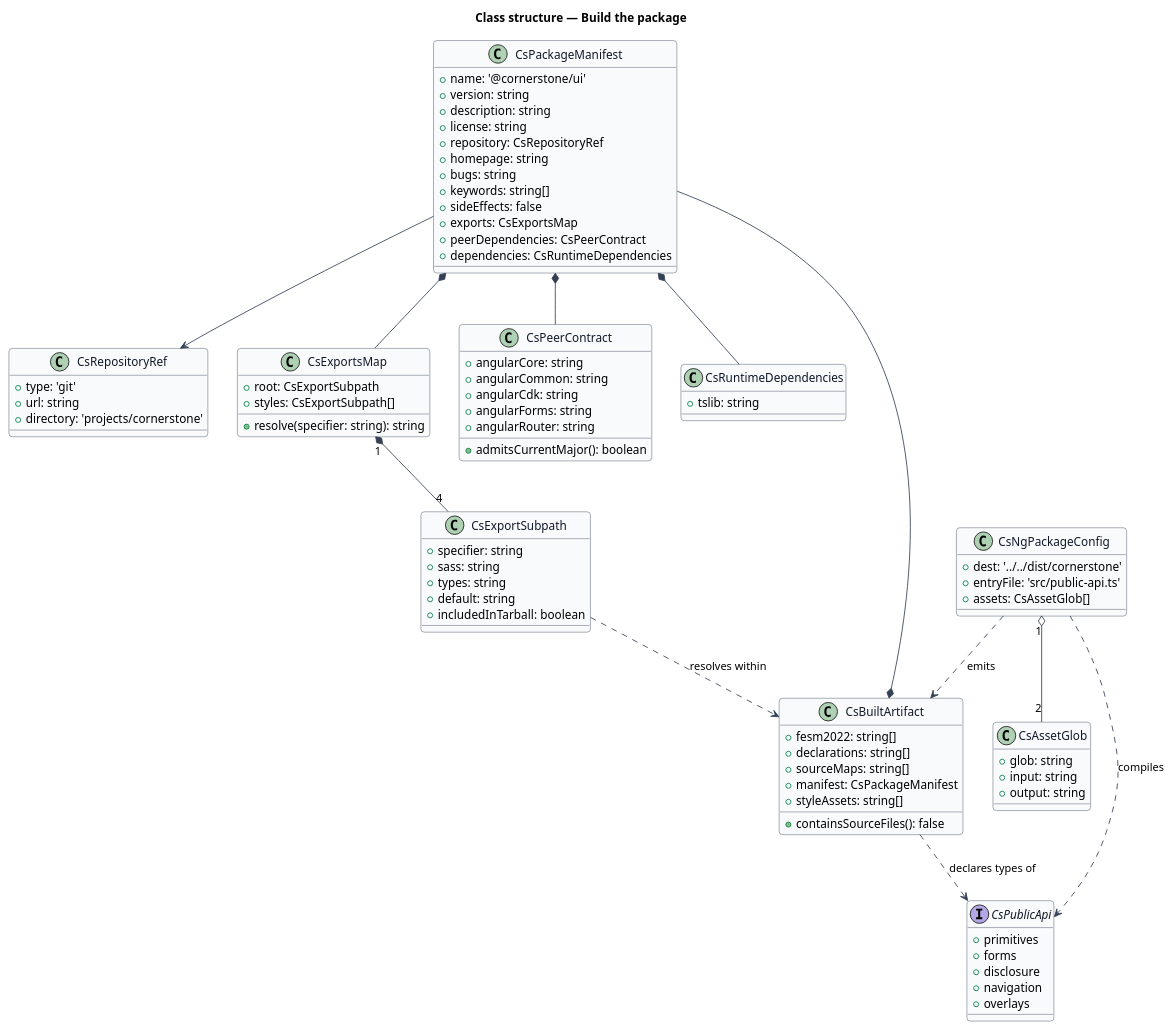
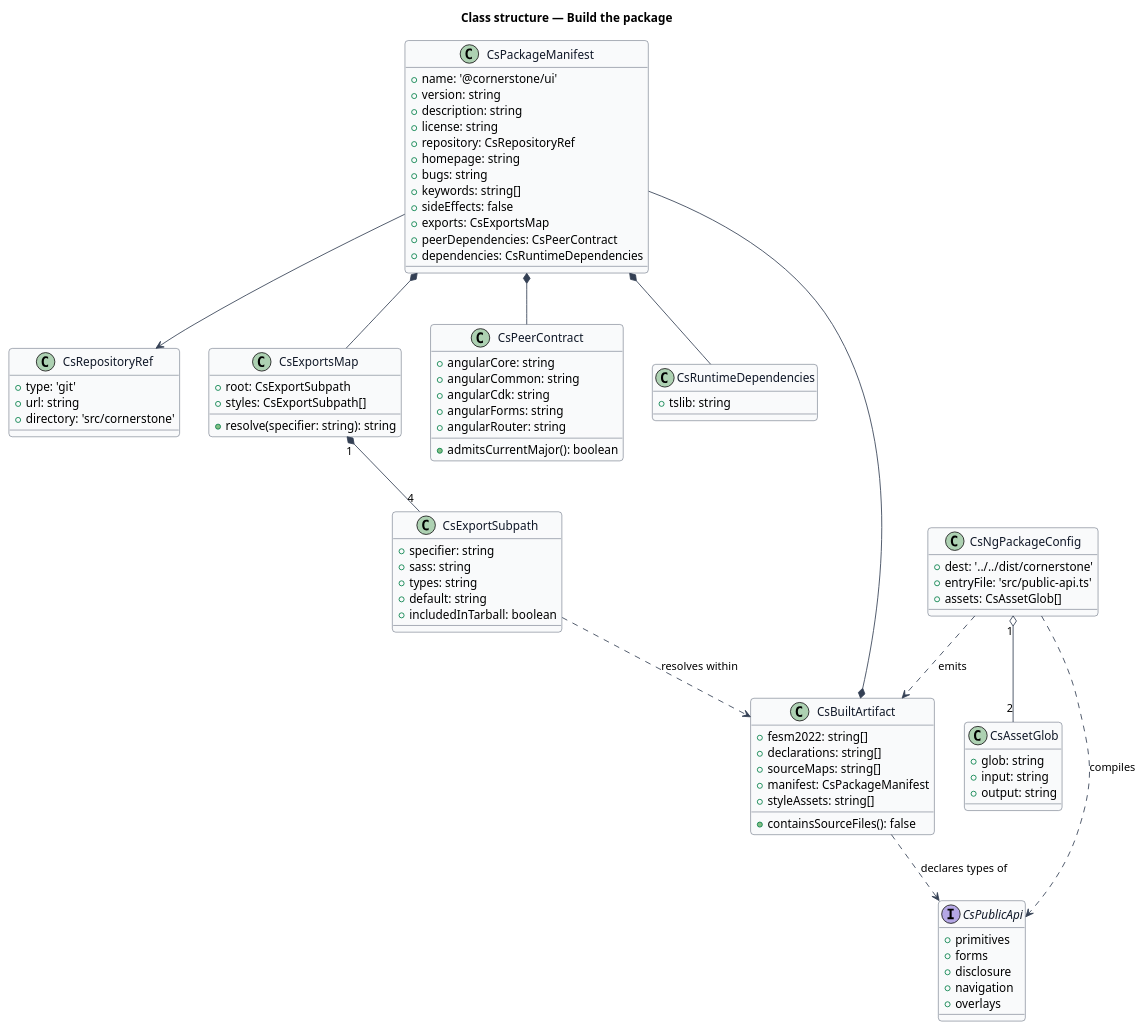
Before and after one commit to QuinntyneBrown/Cornerstone: the diagram in docs/detailed-designs/delivery/build-the-package/diagrams/class-structure.puml, drawn with PlantUML. The commit also changed 1969 other files, not shown here.

```diff
--- a/docs/detailed-designs/delivery/build-the-package/diagrams/class-structure.puml
+++ b/docs/detailed-designs/delivery/build-the-package/diagrams/class-structure.puml
@@ -1,104 +1,104 @@
 @startuml
 ' --- shared skin header ---
 skinparam backgroundColor #FFFFFF
 skinparam shadowing false
 skinparam roundcorner 8
 skinparam defaultFontName Arial
 skinparam ArrowColor #344054
 skinparam class {
   BorderColor #344054
   FontColor #101828
   BackgroundColor #F9FAFB
 }
 ' --------------------------
 title Class structure — Build the package
 
 class CsPackageManifest {
   +name: '@cornerstone/ui'
   +version: string
   +description: string
   +license: string
   +repository: CsRepositoryRef
   +homepage: string
   +bugs: string
   +keywords: string[]
   +sideEffects: false
   +exports: CsExportsMap
   +peerDependencies: CsPeerContract
   +dependencies: CsRuntimeDependencies
 }
 
 class CsRepositoryRef {
   +type: 'git'
   +url: string
-  +directory: 'projects/cornerstone'
+  +directory: 'src/cornerstone'
 }
 
 class CsExportsMap {
   +root: CsExportSubpath
   +styles: CsExportSubpath[]
   +resolve(specifier: string): string
 }
 
 class CsExportSubpath {
   +specifier: string
   +sass: string
   +types: string
   +default: string
   +includedInTarball: boolean
 }
 
 class CsPeerContract {
   +angularCore: string
   +angularCommon: string
   +angularCdk: string
   +angularForms: string
   +angularRouter: string
   +admitsCurrentMajor(): boolean
 }
 
 class CsRuntimeDependencies {
   +tslib: string
 }
 
 class CsNgPackageConfig {
   +dest: '../../dist/cornerstone'
   +entryFile: 'src/public-api.ts'
   +assets: CsAssetGlob[]
 }
 
 class CsAssetGlob {
   +glob: string
   +input: string
   +output: string
 }
 
 class CsBuiltArtifact {
   +fesm2022: string[]
   +declarations: string[]
   +sourceMaps: string[]
   +manifest: CsPackageManifest
   +styleAssets: string[]
   +containsSourceFiles(): false
 }
 
 interface CsPublicApi {
   +primitives
   +forms
   +disclosure
   +navigation
   +overlays
 }
 
 CsPackageManifest *-- CsExportsMap
 CsPackageManifest *-- CsPeerContract
 CsPackageManifest *-- CsRuntimeDependencies
 CsPackageManifest --> CsRepositoryRef
 CsExportsMap "1" *-- "4" CsExportSubpath
 CsNgPackageConfig "1" o-- "2" CsAssetGlob
 CsNgPackageConfig ..> CsPublicApi : compiles
 CsNgPackageConfig ..> CsBuiltArtifact : emits
 CsBuiltArtifact *-- CsPackageManifest
 CsBuiltArtifact ..> CsPublicApi : declares types of
 CsExportSubpath ..> CsBuiltArtifact : resolves within
 @enduml
```
